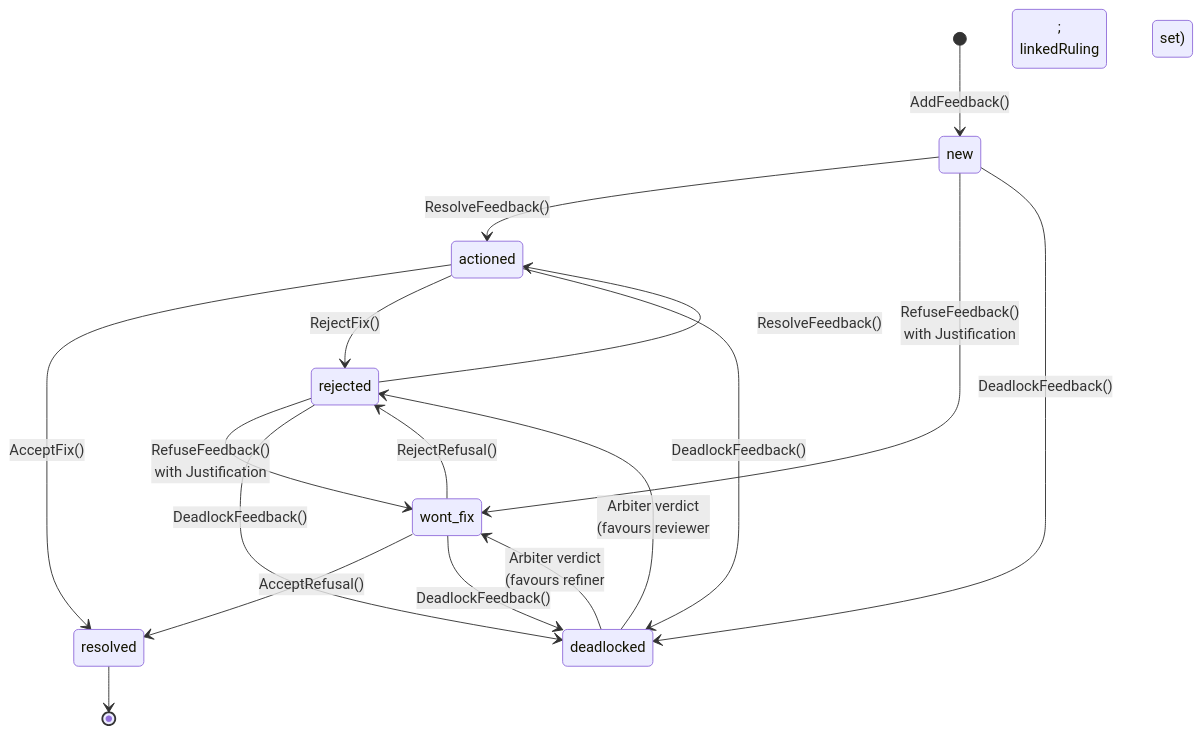
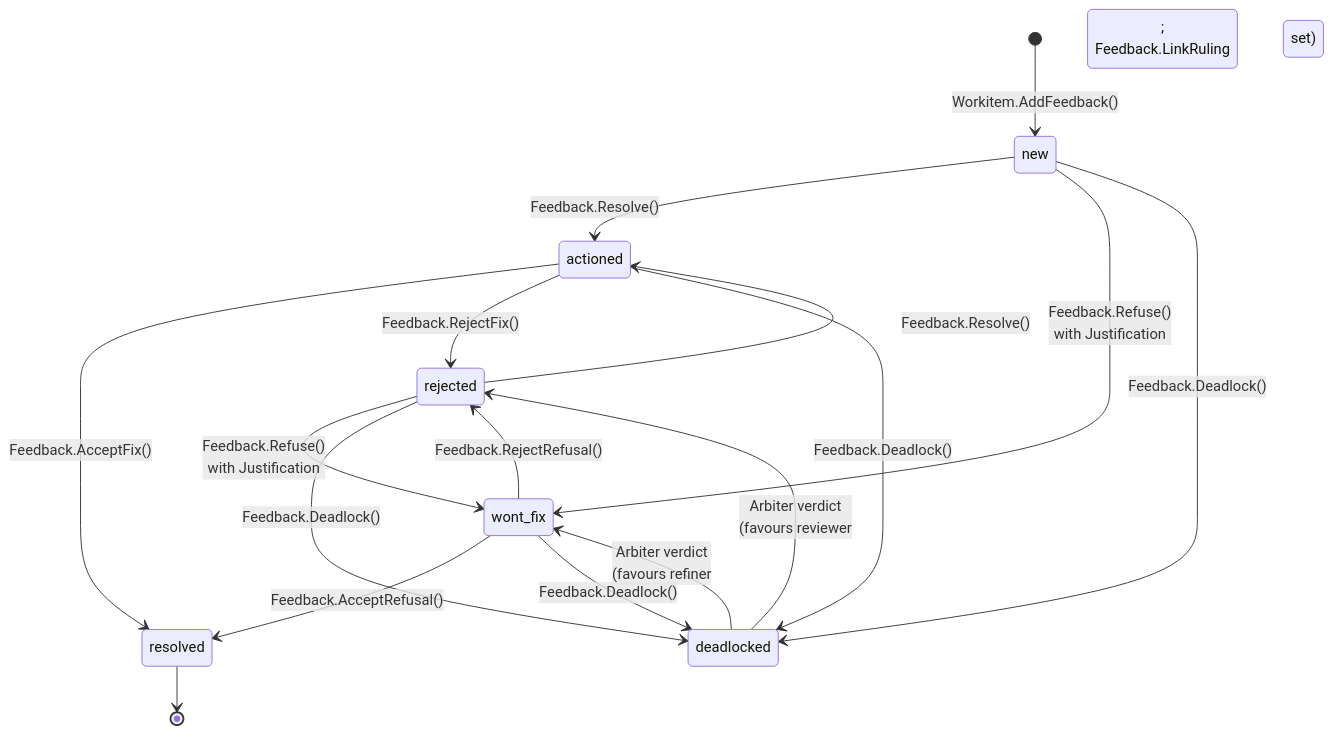
The diagram in specs/04-sdk/04-sdk-feedback.md (really-knows-ai/gideas), drawn with Mermaid before and after one commit. The commit also changed other lines of this file and 34 other files, not shown here.

````diff
--- a/specs/04-sdk/04-sdk-feedback.md
+++ b/specs/04-sdk/04-sdk-feedback.md
@@ -33,27 +37,27 @@
 ```mermaid
 stateDiagram-v2
-    [*] --> new : AddFeedback()
+    [*] --> new : Workitem.AddFeedback()
 
-    new --> actioned : ResolveFeedback()
-    new --> wont_fix : RefuseFeedback()<br/>with Justification
+    new --> actioned : Feedback.Resolve()
+    new --> wont_fix : Feedback.Refuse()<br/>with Justification
 
-    actioned --> resolved : AcceptFix()
-    actioned --> rejected : RejectFix()
+    actioned --> resolved : Feedback.AcceptFix()
+    actioned --> rejected : Feedback.RejectFix()
 
-    wont_fix --> resolved : AcceptRefusal()
-    wont_fix --> rejected : RejectRefusal()
-    new --> deadlocked : DeadlockFeedback()
+    wont_fix --> resolved : Feedback.AcceptRefusal()
+    wont_fix --> rejected : Feedback.RejectRefusal()
+    new --> deadlocked : Feedback.Deadlock()
 
-    actioned --> deadlocked : DeadlockFeedback()
+    actioned --> deadlocked : Feedback.Deadlock()
 
-    wont_fix --> deadlocked : DeadlockFeedback()
+    wont_fix --> deadlocked : Feedback.Deadlock()
 
-    rejected --> actioned : ResolveFeedback()
-    rejected --> wont_fix : RefuseFeedback()<br/>with Justification
-    rejected --> deadlocked : DeadlockFeedback()
+    rejected --> actioned : Feedback.Resolve()
+    rejected --> wont_fix : Feedback.Refuse()<br/>with Justification
+    rejected --> deadlocked : Feedback.Deadlock()
 
-    deadlocked --> wont_fix : Arbiter verdict<br/>(favours refiner;<br/>linkedRuling set)
-    deadlocked --> rejected : Arbiter verdict<br/>(favours reviewer;<br/>linkedRuling set)
+    deadlocked --> wont_fix : Arbiter verdict<br/>(favours refiner;<br/>Feedback.LinkRuling set)
+    deadlocked --> rejected : Arbiter verdict<br/>(favours reviewer;<br/>Feedback.LinkRuling set)
 
     resolved --> [*]
 ```
````
